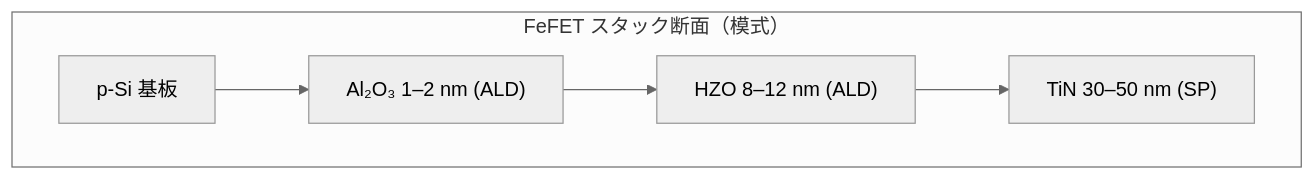
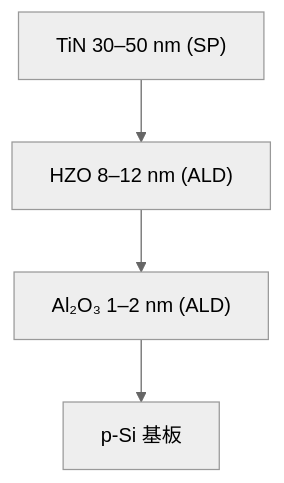
Before and after one commit to Samizo-AITL/Edusemi-v4x: the second of 2 diagrams in d_chapter1_memory_technologies/paper/02_process_integration.md, drawn with Mermaid (neutral theme).

````diff
--- a/d_chapter1_memory_technologies/paper/02_process_integration.md
+++ b/d_chapter1_memory_technologies/paper/02_process_integration.md
@@ -17,8 +17,6 @@
 ```mermaid
 flowchart TB
-    subgraph Device_Stack["FeFET スタック断面（模式）"]
-        PSi["p-Si 基板"] --> IL["Al₂O₃ 1–2 nm (ALD)"]
-        IL --> HZO["HZO 8–12 nm (ALD)"]
-        HZO --> TiN["TiN 30–50 nm (SP)"]
-    end
+    TiN["TiN 30–50 nm (SP)"] --> HZO["HZO 8–12 nm (ALD)"]
+    HZO --> IL["Al₂O₃ 1–2 nm (ALD)"]
+    IL --> PSi["p-Si 基板"]
 ```
````
